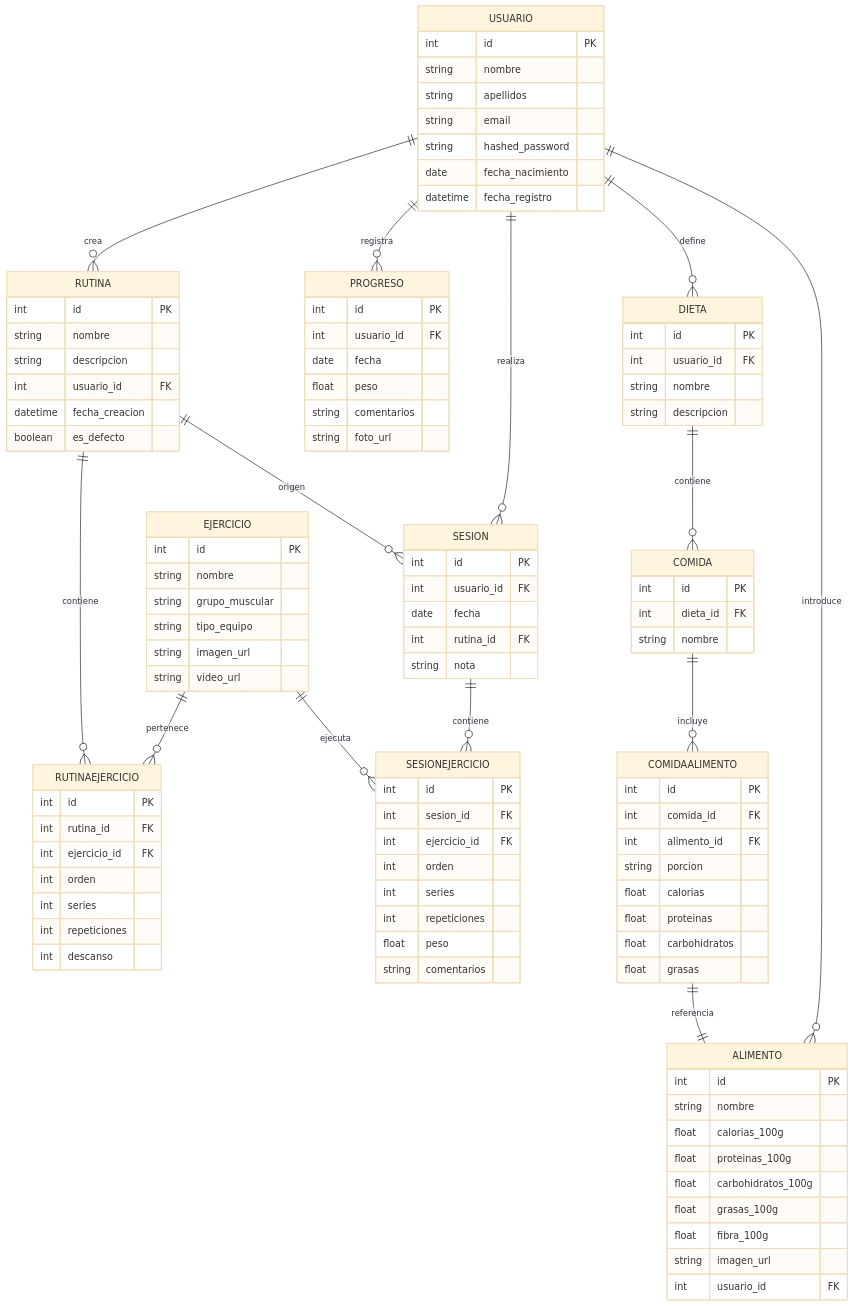
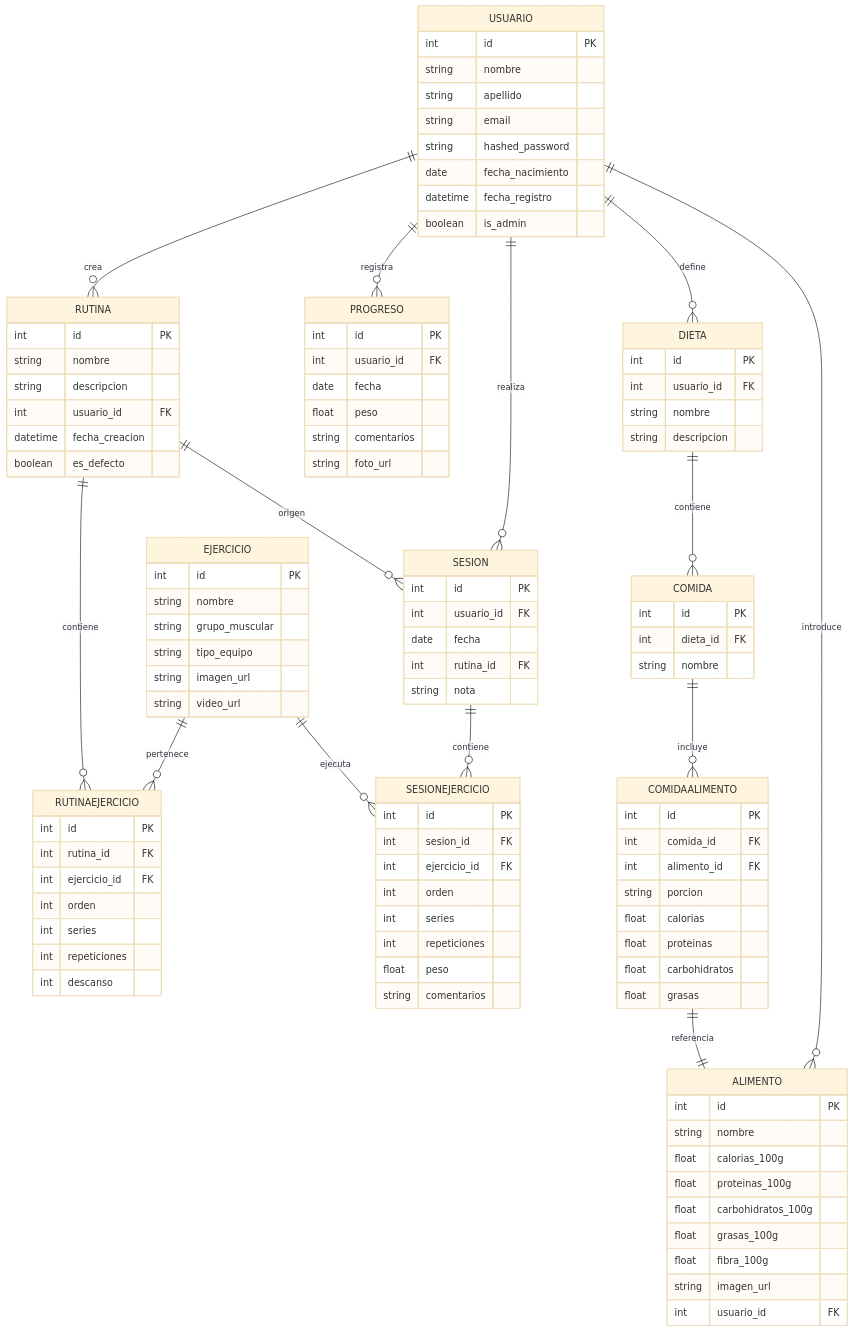
Before and after one commit to asantosc2/web-fitness: the diagram in README.md, drawn with Mermaid. The commit also changed other lines of this file and 10 other files, not shown here.

```diff
--- a/README.md
+++ b/README.md
@@ -125,11 +132,12 @@
     USUARIO {
         int id PK
         string nombre
-        string apellidos
+        string apellido
         string email
         string hashed_password
         date fecha_nacimiento
         datetime fecha_registro
+        boolean is_admin
     }
 
     EJERCICIO {
```
